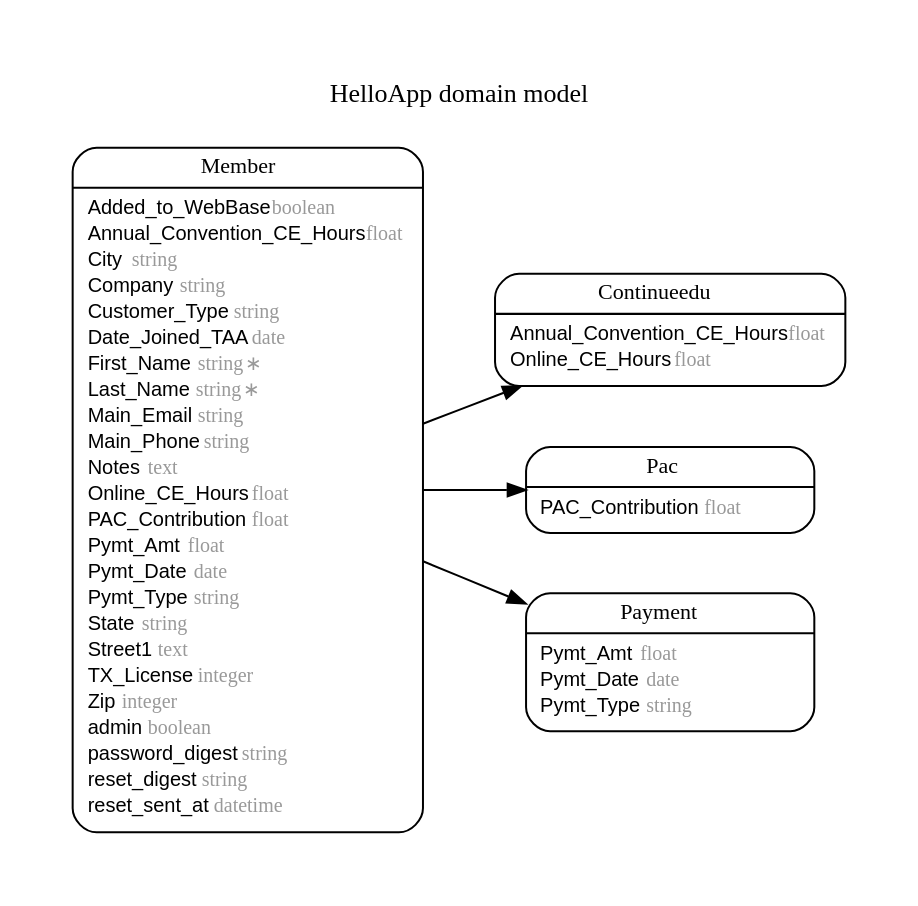
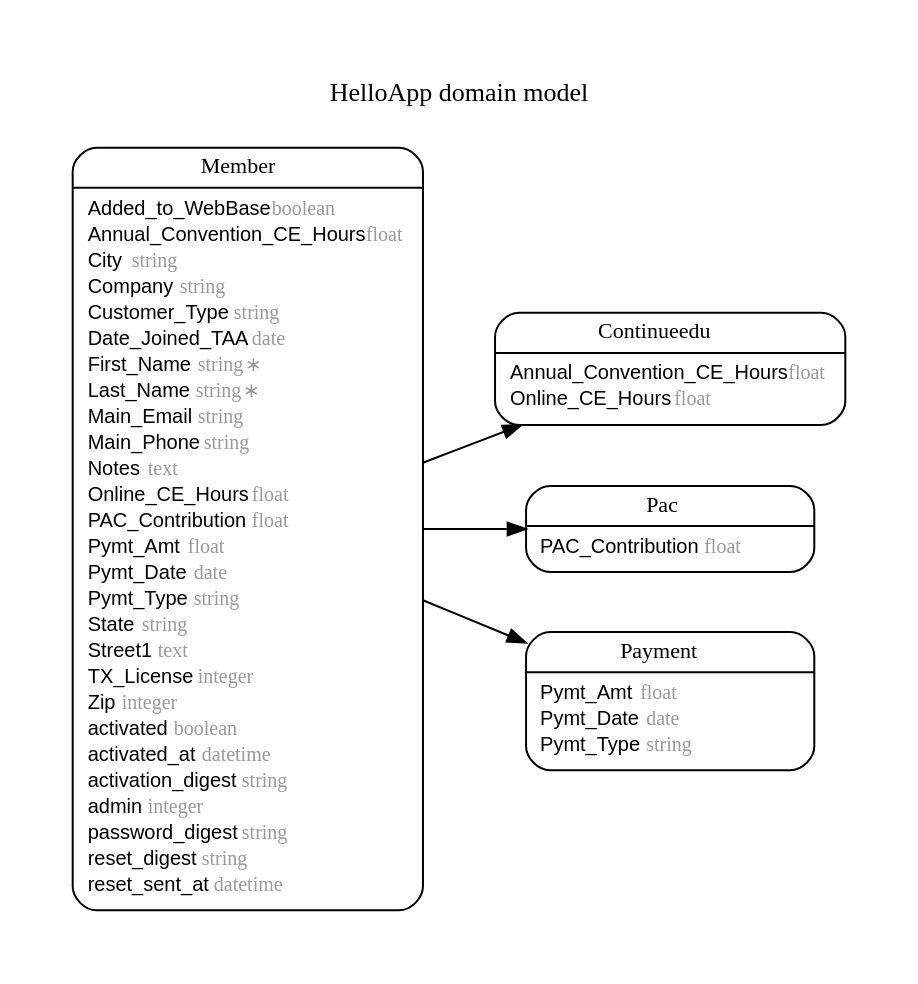
One commit to Gondee/AuctioneersAssociation_CSCE431 changed the diagram in erd.dot. Above: the diagram before and after it, drawn with Graphviz. The commit also changed 7 other files, not shown here.

```diff
--- a/erd.dot
+++ b/erd.dot
@@ -1,75 +1,78 @@
 digraph HelloApp {
 rankdir = "LR";
 ranksep = "0.5";
 nodesep = "0.4";
 pad = "0.4,0.4";
 margin = "0,0";
 concentrate = "true";
 labelloc = "t";
 fontsize = "13";
 fontname = "Arial Bold";
 node[ shape  =  "Mrecord" , fontsize  =  "10" , fontname  =  "Arial" , margin  =  "0.07,0.05" , penwidth  =  "1.0"];
 edge[ fontname  =  "Arial" , fontsize  =  "7" , dir  =  "both" , arrowsize  =  "0.9" , penwidth  =  "1.0" , labelangle  =  "32" , labeldistance  =  "1.8"];
 label = "HelloApp domain model\n\n";
 m_Continueedu [label = <<table border="0" align="center" cellspacing="0.5" cellpadding="0" width="134">
   <tr><td align="center" valign="bottom" width="130"><font face="Arial Bold" point-size="11">Continueedu</font></td></tr>
 </table>
 |
 <table border="0" align="left" cellspacing="2" cellpadding="0" width="134">
   <tr><td align="left" width="130" port="Annual_Convention_CE_Hours">Annual_Convention_CE_Hours <font face="Arail Italic" color="grey60">float</font></td></tr>
   <tr><td align="left" width="130" port="Online_CE_Hours">Online_CE_Hours <font face="Arail Italic" color="grey60">float</font></td></tr>
 </table>
 >];
 m_Member [label = <<table border="0" align="center" cellspacing="0.5" cellpadding="0" width="134">
   <tr><td align="center" valign="bottom" width="130"><font face="Arial Bold" point-size="11">Member</font></td></tr>
 </table>
 |
 <table border="0" align="left" cellspacing="2" cellpadding="0" width="134">
   <tr><td align="left" width="130" port="Added_to_WebBase">Added_to_WebBase <font face="Arail Italic" color="grey60">boolean</font></td></tr>
   <tr><td align="left" width="130" port="Annual_Convention_CE_Hours">Annual_Convention_CE_Hours <font face="Arail Italic" color="grey60">float</font></td></tr>
   <tr><td align="left" width="130" port="City">City <font face="Arail Italic" color="grey60">string</font></td></tr>
   <tr><td align="left" width="130" port="Company">Company <font face="Arail Italic" color="grey60">string</font></td></tr>
   <tr><td align="left" width="130" port="Customer_Type">Customer_Type <font face="Arail Italic" color="grey60">string</font></td></tr>
   <tr><td align="left" width="130" port="Date_Joined_TAA">Date_Joined_TAA <font face="Arail Italic" color="grey60">date</font></td></tr>
   <tr><td align="left" width="130" port="First_Name">First_Name <font face="Arail Italic" color="grey60">string ∗</font></td></tr>
   <tr><td align="left" width="130" port="Last_Name">Last_Name <font face="Arail Italic" color="grey60">string ∗</font></td></tr>
   <tr><td align="left" width="130" port="Main_Email">Main_Email <font face="Arail Italic" color="grey60">string</font></td></tr>
   <tr><td align="left" width="130" port="Main_Phone">Main_Phone <font face="Arail Italic" color="grey60">string</font></td></tr>
   <tr><td align="left" width="130" port="Notes">Notes <font face="Arail Italic" color="grey60">text</font></td></tr>
   <tr><td align="left" width="130" port="Online_CE_Hours">Online_CE_Hours <font face="Arail Italic" color="grey60">float</font></td></tr>
   <tr><td align="left" width="130" port="PAC_Contribution">PAC_Contribution <font face="Arail Italic" color="grey60">float</font></td></tr>
   <tr><td align="left" width="130" port="Pymt_Amt">Pymt_Amt <font face="Arail Italic" color="grey60">float</font></td></tr>
   <tr><td align="left" width="130" port="Pymt_Date">Pymt_Date <font face="Arail Italic" color="grey60">date</font></td></tr>
   <tr><td align="left" width="130" port="Pymt_Type">Pymt_Type <font face="Arail Italic" color="grey60">string</font></td></tr>
   <tr><td align="left" width="130" port="State">State <font face="Arail Italic" color="grey60">string</font></td></tr>
   <tr><td align="left" width="130" port="Street1">Street1 <font face="Arail Italic" color="grey60">text</font></td></tr>
   <tr><td align="left" width="130" port="TX_License">TX_License <font face="Arail Italic" color="grey60">integer</font></td></tr>
   <tr><td align="left" width="130" port="Zip">Zip <font face="Arail Italic" color="grey60">integer</font></td></tr>
-  <tr><td align="left" width="130" port="admin">admin <font face="Arail Italic" color="grey60">boolean</font></td></tr>
+  <tr><td align="left" width="130" port="activated">activated <font face="Arail Italic" color="grey60">boolean</font></td></tr>
+  <tr><td align="left" width="130" port="activated_at">activated_at <font face="Arail Italic" color="grey60">datetime</font></td></tr>
+  <tr><td align="left" width="130" port="activation_digest">activation_digest <font face="Arail Italic" color="grey60">string</font></td></tr>
+  <tr><td align="left" width="130" port="admin">admin <font face="Arail Italic" color="grey60">integer</font></td></tr>
   <tr><td align="left" width="130" port="password_digest">password_digest <font face="Arail Italic" color="grey60">string</font></td></tr>
   <tr><td align="left" width="130" port="reset_digest">reset_digest <font face="Arail Italic" color="grey60">string</font></td></tr>
   <tr><td align="left" width="130" port="reset_sent_at">reset_sent_at <font face="Arail Italic" color="grey60">datetime</font></td></tr>
 </table>
 >];
 m_Pac [label = <<table border="0" align="center" cellspacing="0.5" cellpadding="0" width="134">
   <tr><td align="center" valign="bottom" width="130"><font face="Arial Bold" point-size="11">Pac</font></td></tr>
 </table>
 |
 <table border="0" align="left" cellspacing="2" cellpadding="0" width="134">
   <tr><td align="left" width="130" port="PAC_Contribution">PAC_Contribution <font face="Arail Italic" color="grey60">float</font></td></tr>
 </table>
 >];
 m_Payment [label = <<table border="0" align="center" cellspacing="0.5" cellpadding="0" width="134">
   <tr><td align="center" valign="bottom" width="130"><font face="Arial Bold" point-size="11">Payment</font></td></tr>
 </table>
 |
 <table border="0" align="left" cellspacing="2" cellpadding="0" width="134">
   <tr><td align="left" width="130" port="Pymt_Amt">Pymt_Amt <font face="Arail Italic" color="grey60">float</font></td></tr>
   <tr><td align="left" width="130" port="Pymt_Date">Pymt_Date <font face="Arail Italic" color="grey60">date</font></td></tr>
   <tr><td align="left" width="130" port="Pymt_Type">Pymt_Type <font face="Arail Italic" color="grey60">string</font></td></tr>
 </table>
 >];
   m_Member -> m_Continueedu [arrowhead = "normal", arrowtail = "none", weight = "2"];
   m_Member -> m_Payment [arrowhead = "normal", arrowtail = "none", weight = "2"];
   m_Member -> m_Pac [arrowhead = "normal", arrowtail = "none", weight = "2"];
 }
```
